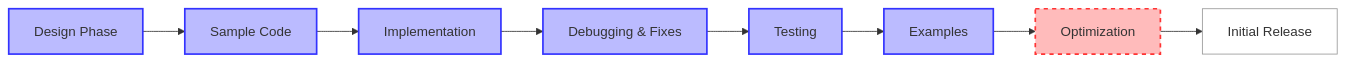
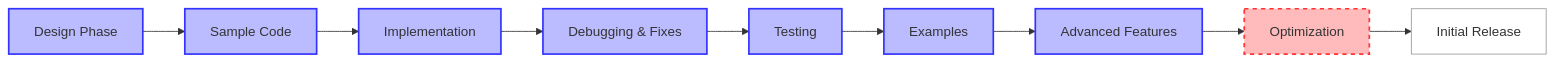
One commit to tvaroska/docstate changed the diagram in memory-bank/progress.md. Above: the diagram before and after it, drawn with Mermaid. The commit also changed other lines of this file and 19 other files, not shown here.

````diff
--- a/memory-bank/progress.md
+++ b/memory-bank/progress.md
@@ -7,13 +7,14 @@
 ```mermaid
 flowchart LR
-    Design[Design Phase] --> Sample[Sample Code] --> Implementation[Implementation] --> Debug[Debugging & Fixes] --> Testing[Testing] --> Examples[Examples] --> Optimization[Optimization] --> Release[Initial Release]
+    Design[Design Phase] --> Sample[Sample Code] --> Implementation[Implementation] --> Debug[Debugging & Fixes] --> Testing[Testing] --> Examples[Examples] --> Advanced[Advanced Features] --> Optimization[Optimization] --> Release[Initial Release]
     
     style Design fill:#bbf,stroke:#33f,stroke-width:2px
     style Sample fill:#bbf,stroke:#33f,stroke-width:2px
     style Implementation fill:#bbf,stroke:#33f,stroke-width:2px
     style Debug fill:#bbf,stroke:#33f,stroke-width:2px
     style Testing fill:#bbf,stroke:#33f,stroke-width:2px
     style Examples fill:#bbf,stroke:#33f,stroke-width:2px
+    style Advanced fill:#bbf,stroke:#33f,stroke-width:2px
     style Optimization fill:#fbb,stroke:#f33,stroke-width:2px,stroke-dasharray: 5 5
     style Release fill:#fff,stroke:#999
 ```
````
